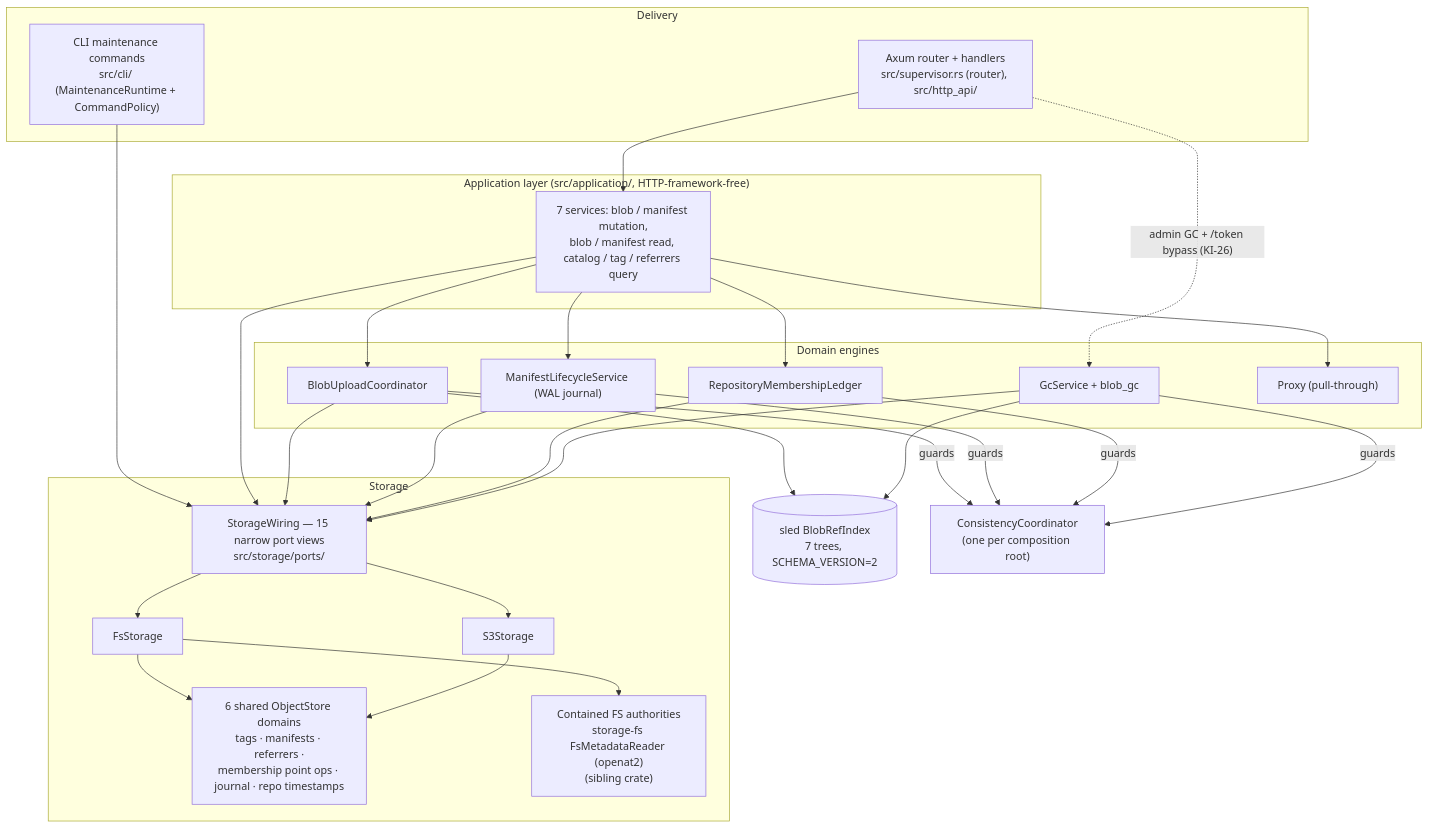
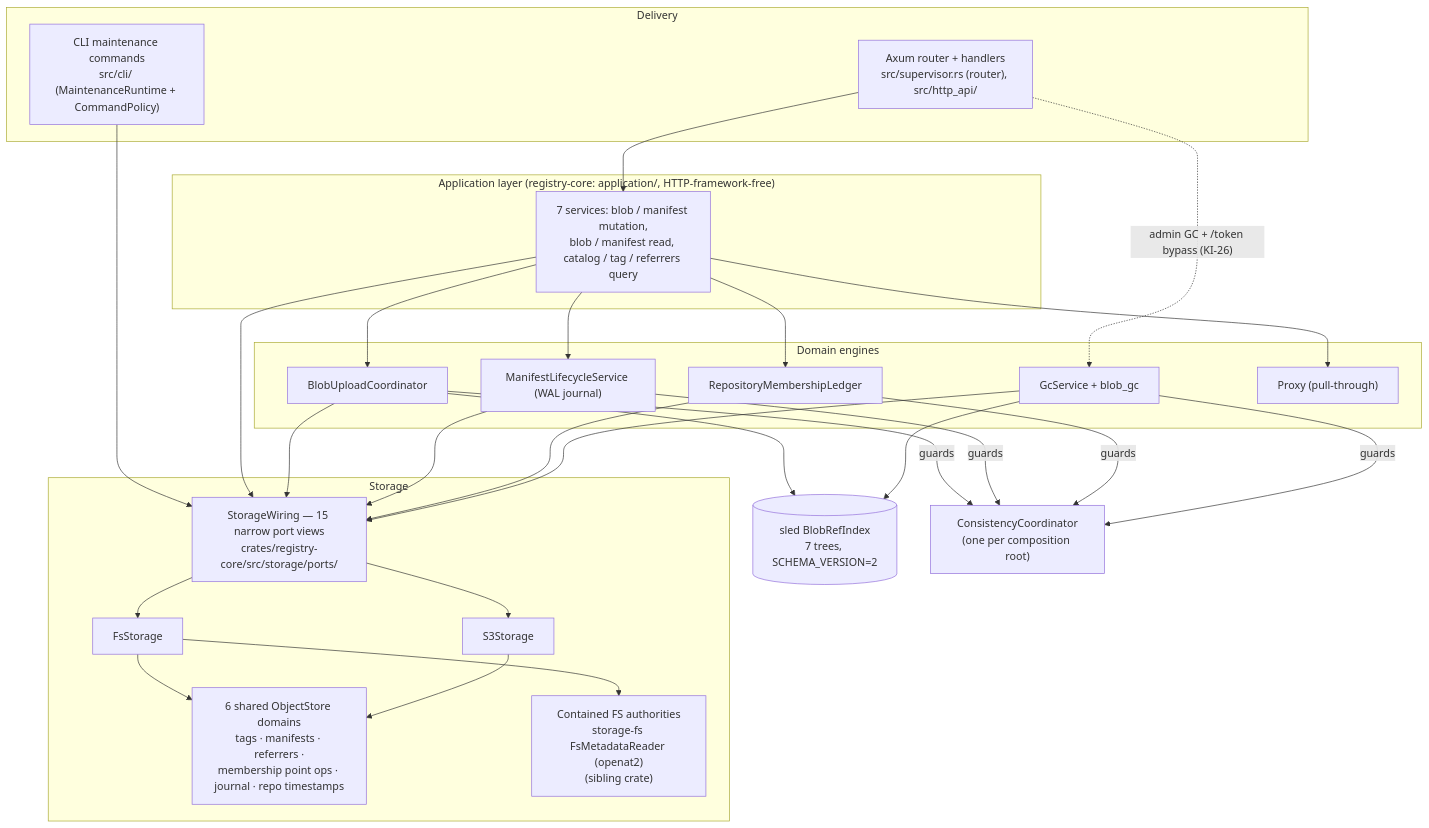
Before and after one commit to DirkTheDaring/naust: the first of 2 diagrams in docs/architecture/README.md, drawn with Mermaid. The commit also changed other lines of this file and 3 other files, not shown here.

First line of the commit message:
docs: reconcile documentation with the ADR-010 registry-core split; Phase 4 verification

````diff
--- a/docs/architecture/README.md
+++ b/docs/architecture/README.md
@@ -15,39 +17,39 @@
 ```mermaid
 graph TD
     subgraph Delivery
         HTTP["Axum router + handlers<br/>src/supervisor.rs (router), src/http_api/"]
         CLI["CLI maintenance commands<br/>src/cli/ (MaintenanceRuntime + CommandPolicy)"]
     end
-    subgraph Application["Application layer (src/application/, HTTP-framework-free)"]
+    subgraph Application["Application layer (registry-core: application/, HTTP-framework-free)"]
         SVC["7 services: blob / manifest mutation,<br/>blob / manifest read, catalog / tag / referrers query"]
     end
     subgraph Engines["Domain engines"]
         UC["BlobUploadCoordinator"]
         ML["ManifestLifecycleService (WAL journal)"]
         LED["RepositoryMembershipLedger"]
         GC["GcService + blob_gc"]
         PX["Proxy (pull-through)"]
     end
     subgraph Storage
-        W["StorageWiring — 15 narrow port views<br/>src/storage/ports/"]
+        W["StorageWiring — 15 narrow port views<br/>crates/registry-core/src/storage/ports/"]
         FS["FsStorage"]
         S3["S3Storage"]
         DOM["6 shared ObjectStore domains<br/>tags · manifests · referrers ·<br/>membership point ops · journal · repo timestamps"]
         CONT["Contained FS authorities<br/>storage-fs FsMetadataReader (openat2)<br/>(sibling crate)"]
     end
     IDX[("sled BlobRefIndex<br/>7 trees, SCHEMA_VERSION=2")]
     CC["ConsistencyCoordinator<br/>(one per composition root)"]
 
     HTTP --> SVC
     HTTP -. "admin GC + /token bypass (KI-26)" .-> GC
     CLI --> W
     SVC --> UC & ML & LED & PX
     SVC --> W
     UC & ML & LED & GC --> W
     UC & GC --> IDX
     UC & ML & LED & GC -->|guards| CC
     W --> FS & S3
     FS --> CONT
     FS --> DOM
     S3 --> DOM
 ```
````
